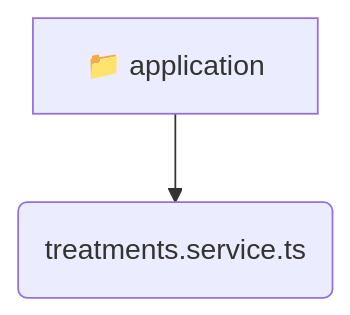
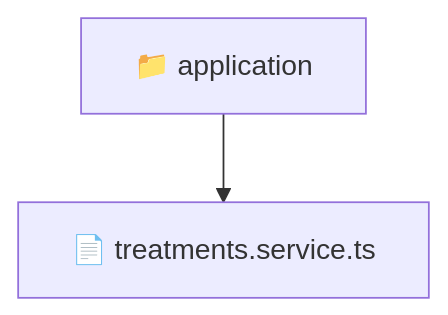
The diagram in backend/src/modules/treatments/application/README.md (beginwebdev2002/fullstack-mavluda), drawn with Mermaid before and after one commit. The commit also changed other lines of this file and 163 other files, not shown here.

````diff
--- a/backend/src/modules/treatments/application/README.md
+++ b/backend/src/modules/treatments/application/README.md
@@ -9,5 +10,5 @@
 ```mermaid
 graph TD
-  application[📁 application]
-  application --> application_treatments_service_ts(treatments.service.ts)
+  Root["📁 application"]
+  Root --> treatmentsservicets["📄 treatments.service.ts"]
 ```
````
